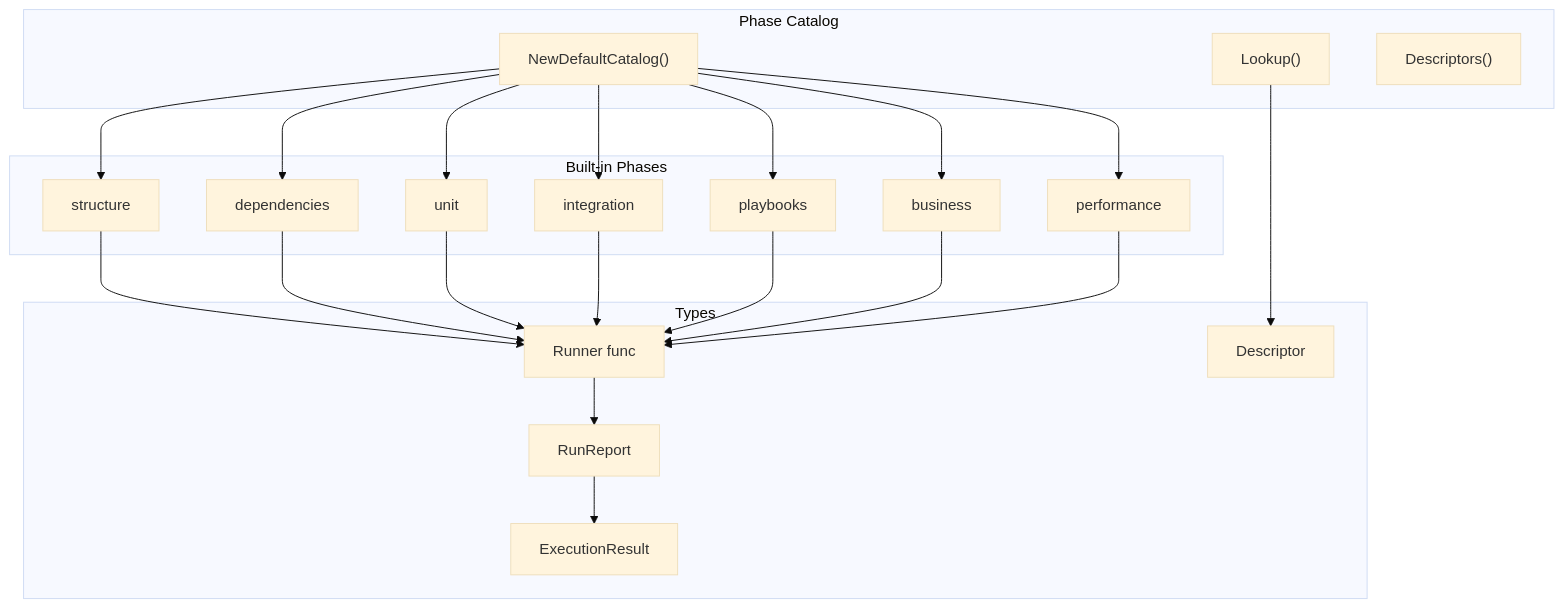
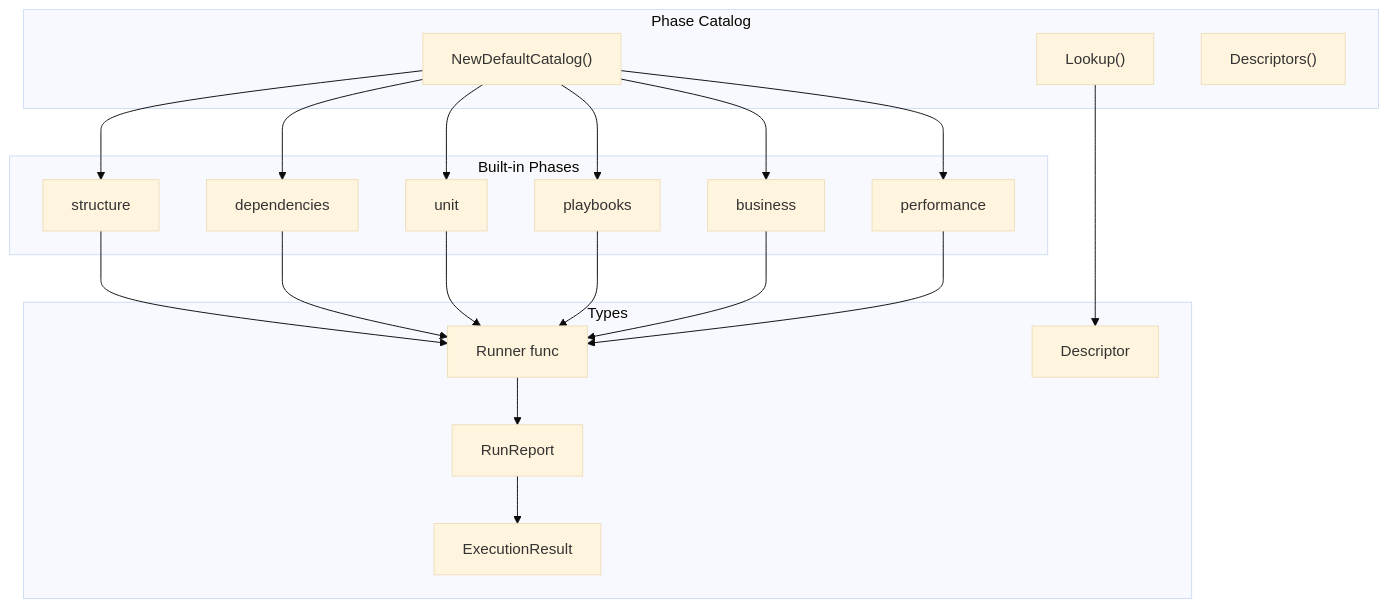
The first of 2 diagrams in scenarios/test-genie/api/internal/orchestrator/phases/README.md (Vrooli/Vrooli), drawn with Mermaid (base theme) before and after one commit. The commit also changed other lines of this file and 40 other files, not shown here.

````diff
--- a/scenarios/test-genie/api/internal/orchestrator/phases/README.md
+++ b/scenarios/test-genie/api/internal/orchestrator/phases/README.md
@@ -7,45 +7,42 @@
 ```mermaid
 flowchart TB
     subgraph Catalog["Phase Catalog"]
         reg["NewDefaultCatalog()"]
         lookup["Lookup()"]
         descriptors["Descriptors()"]
     end
 
     subgraph Phases["Built-in Phases"]
         structure["structure"]
         deps["dependencies"]
         unit["unit"]
-        integration["integration"]
         playbooks["playbooks"]
         business["business"]
         performance["performance"]
     end
 
     subgraph Types
         runner["Runner func"]
         report["RunReport"]
         result["ExecutionResult"]
         descriptor["Descriptor"]
     end
 
     reg --> structure
     reg --> deps
     reg --> unit
-    reg --> integration
     reg --> playbooks
     reg --> business
     reg --> performance
 
     structure --> runner
     deps --> runner
     unit --> runner
-    integration --> runner
     playbooks --> runner
     business --> runner
     performance --> runner
 
     runner --> report
     report --> result
     lookup --> descriptor
 ```
````
